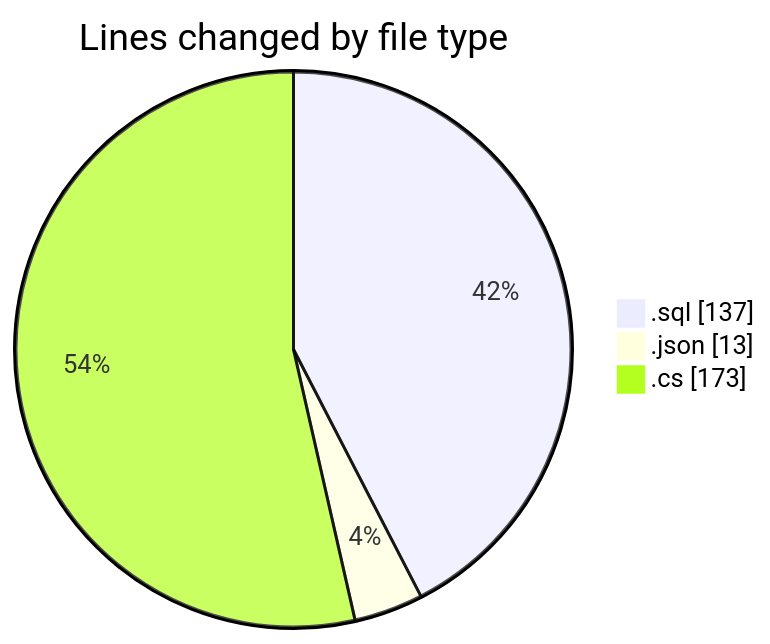
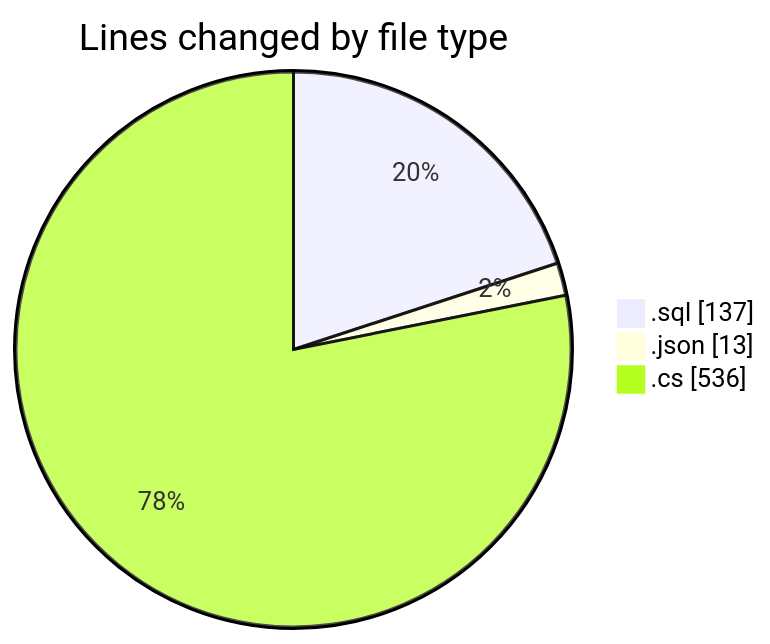
The first of 2 diagrams in 2025-07-14/nhahang/README.md (lephambinh05/code-tracking), drawn with Mermaid before and after one commit. The commit also changed other lines of this file and 1 other file, not shown here.

````diff
--- a/2025-07-14/nhahang/README.md
+++ b/2025-07-14/nhahang/README.md
@@ -25,7 +33,7 @@
 ```mermaid
 pie showData
 title Lines changed by file type
 ".sql" : 137
 ".json" : 13
-".cs" : 173
+".cs" : 536
 ```
````
